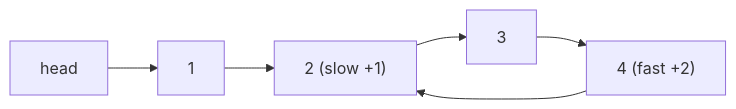
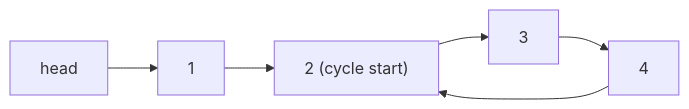
One commit to SanjayR857/All-in-One-Notes changed the diagram in grokking-coding-interview/02-fast-and-slow-pointers.md. Above: the diagram before and after it, drawn with Mermaid. The commit also changed other lines of this file and 22 other files, not shown here.

````diff
--- a/grokking-coding-interview/02-fast-and-slow-pointers.md
+++ b/grokking-coding-interview/02-fast-and-slow-pointers.md
@@ -21,4 +20,4 @@
 ```mermaid
 flowchart LR
-    H["head"] --> N1["1"] --> N2["2 (slow +1)"] --> N3["3"] --> N4["4 (fast +2)"] --> N2
+    H["head"] --> N1["1"] --> N2["2 (cycle start)"] --> N3["3"] --> N4["4"] --> N2
 ```
````
